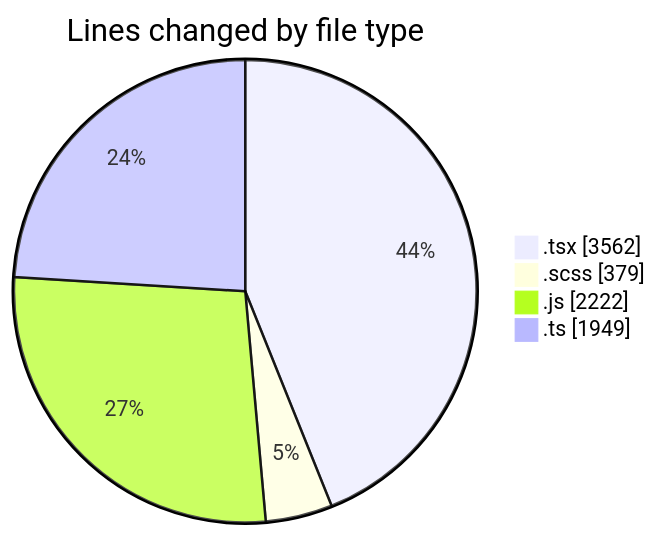
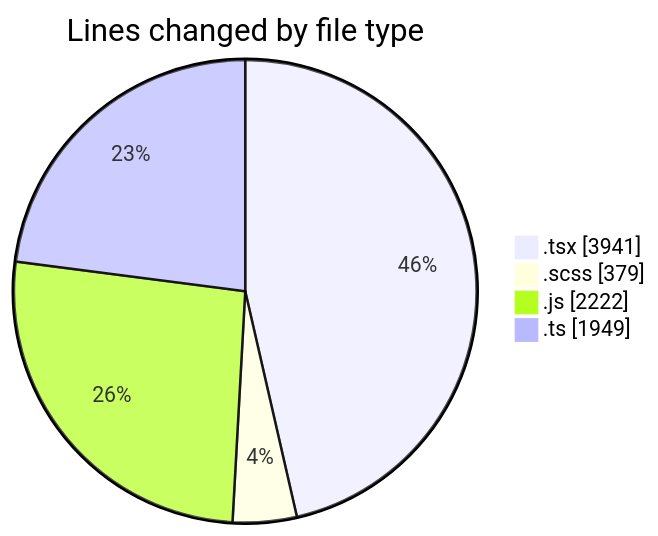
The first of 2 diagrams in 2026-06-17/cda/README.md (momahboobian/code-tracking), drawn with Mermaid before and after one commit. The commit also changed other lines of this file and 1 other file, not shown here.

````diff
--- a/2026-06-17/cda/README.md
+++ b/2026-06-17/cda/README.md
@@ -53,8 +54,8 @@
 ```mermaid
 pie showData
 title Lines changed by file type
-".tsx" : 3562
+".tsx" : 3941
 ".scss" : 379
 ".js" : 2222
 ".ts" : 1949
 ```
````
